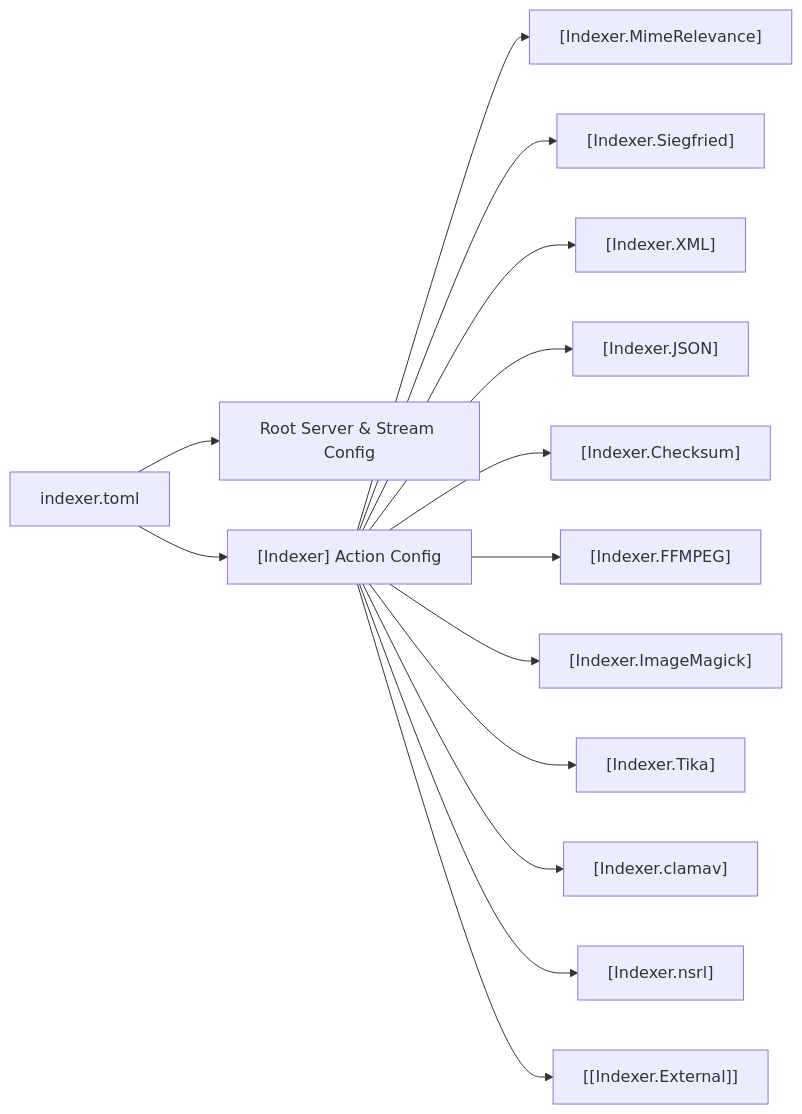
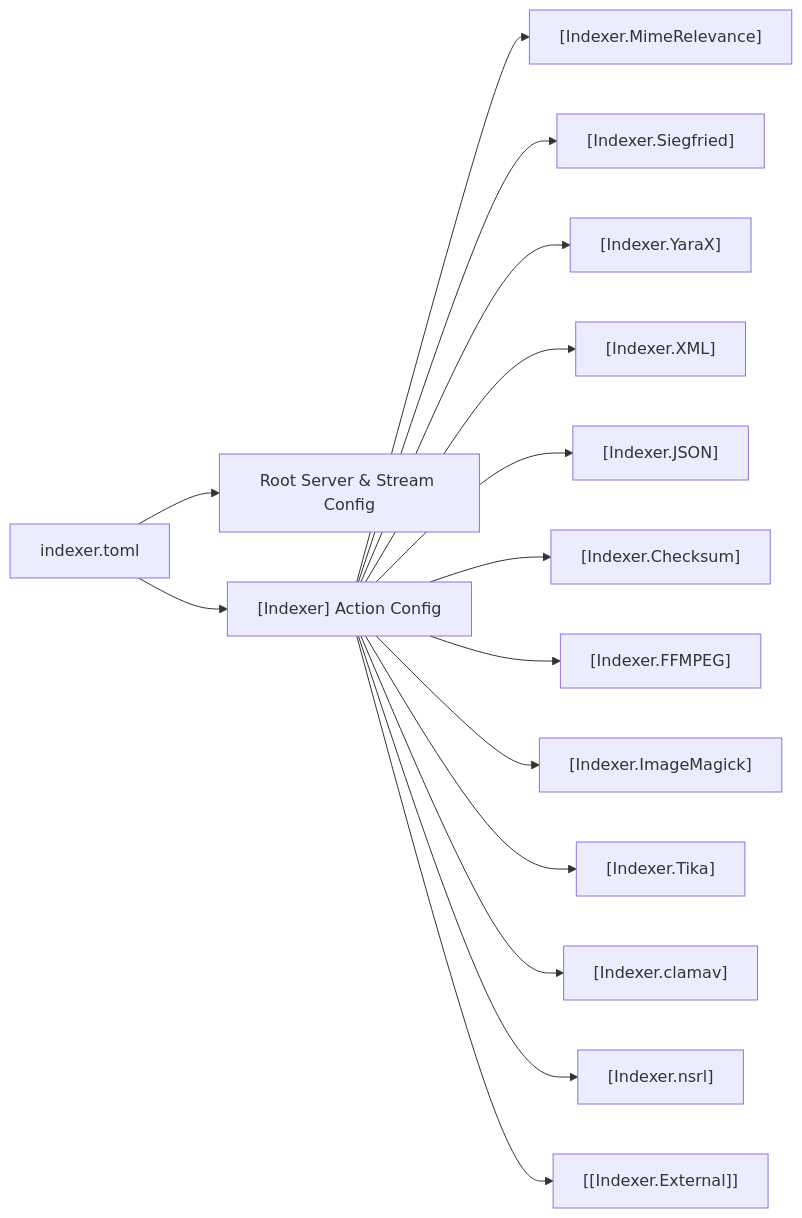
The diagram in docs/configuration.md (ocfl-archive/indexer), drawn with Mermaid before and after one commit. The commit also changed other lines of this file and 11 other files, not shown here.

````diff
--- a/docs/configuration.md
+++ b/docs/configuration.md
@@ -11,16 +11,17 @@
 ```mermaid
 graph LR
     Config["indexer.toml"] --> Root["Root Server & Stream Config"]
     Config --> Indexer["[Indexer] Action Config"]
     Indexer --> MR["[Indexer.MimeRelevance]"]
     Indexer --> SF["[Indexer.Siegfried]"]
+    Indexer --> YARAX["[Indexer.YaraX]"]
     Indexer --> XML["[Indexer.XML]"]
     Indexer --> JSON["[Indexer.JSON]"]
     Indexer --> CS["[Indexer.Checksum]"]
     Indexer --> FF["[Indexer.FFMPEG]"]
     Indexer --> IM["[Indexer.ImageMagick]"]
     Indexer --> TK["[Indexer.Tika]"]
     Indexer --> AV["[Indexer.clamav]"]
     Indexer --> NSRL["[Indexer.nsrl]"]
     Indexer --> EXT["[[Indexer.External]]"]
 ```
````
